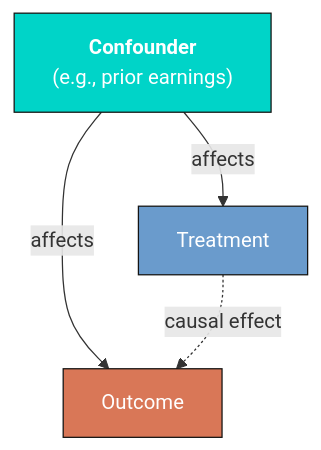
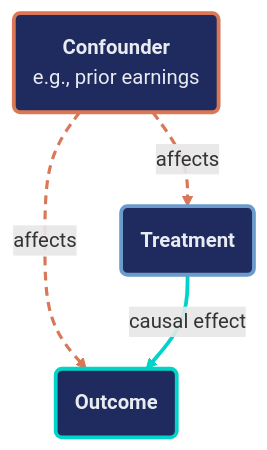
One commit to cmg777/starter-academic-v501 changed the second of 5 diagrams in content/post/python_dowhy/references/tutorial.qmd. Above: the diagram before and after it, drawn with Mermaid. The commit also changed other lines of this file and 42 other files, not shown here.

First line of the commit message:
content(mermaid): restyle Mermaid copies in tutorial sources and the LaLonde slide deck

````diff
--- a/content/post/python_dowhy/references/tutorial.qmd
+++ b/content/post/python_dowhy/references/tutorial.qmd
@@ -483,10 +485,14 @@
 ```{mermaid}
 graph TD
-    C["<b>Confounder</b><br/>(e.g., prior earnings)"] -->|"affects"| T["Treatment"]
-    C -->|"affects"| Y["Outcome"]
-    T -.->|"causal effect"| Y
-
-    style C fill:#00d4c8,stroke:#141413,color:#fff
-    style T fill:#6a9bcc,stroke:#141413,color:#fff
-    style Y fill:#d97757,stroke:#141413,color:#fff
+    C("<b>Confounder</b><br/>e.g., prior earnings") -.->|"affects"| T("<b>Treatment</b>")
+    C -.->|"affects"| Y("<b>Outcome</b>")
+    T ==>|"causal effect"| Y
+    classDef orange fill:#1f2b5e,stroke:#d97757,stroke-width:3px,color:#e8ecf2
+    classDef blue fill:#1f2b5e,stroke:#6a9bcc,stroke-width:3px,color:#e8ecf2
+    classDef teal fill:#1f2b5e,stroke:#00d4c8,stroke-width:3px,color:#e8ecf2
+    class C orange
+    class T blue
+    class Y teal
+    linkStyle 0,1 stroke:#d97757,stroke-width:2.5px,stroke-dasharray:7 5
+    linkStyle 2 stroke:#00d4c8,stroke-width:3px
 ```
````
